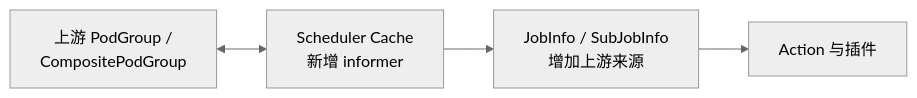
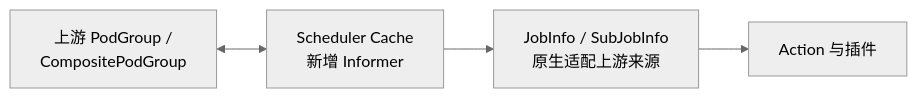
Diagram 14 of 15 in docs/research/k8s-workload-aware-scheduling-vs-volcano-cn.md (JesseStutler/volcano), drawn with Mermaid (neutral theme) before and after one commit. The commit also changed other lines of this file and 1 other file, not shown here.

````diff
--- a/docs/research/k8s-workload-aware-scheduling-vs-volcano-cn.md
+++ b/docs/research/k8s-workload-aware-scheduling-vs-volcano-cn.md
@@ -655,10 +568,11 @@
 ```mermaid
 flowchart LR
     UB["上游 PodGroup /<br/>CompositePodGroup"]
-    CB["Scheduler Cache<br/>新增 informer"]
-    JB["JobInfo / SubJobInfo<br/>增加上游来源"]
+    CB["Scheduler Cache<br/>新增 Informer"]
+    JB["JobInfo / SubJobInfo<br/>原生适配上游来源"]
     SB["Action 与插件"]
+
     UB <--> CB
     CB --> JB
     JB --> SB
 ```
````
